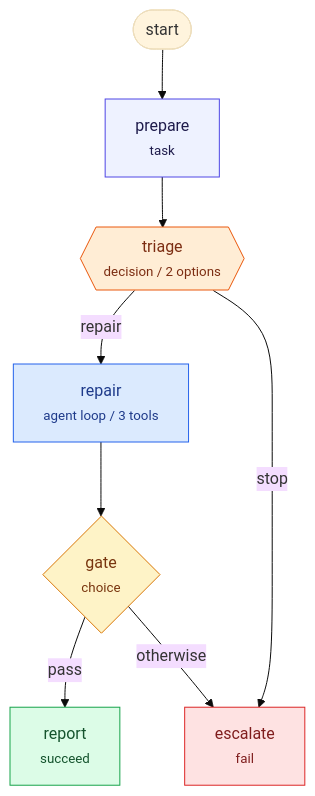
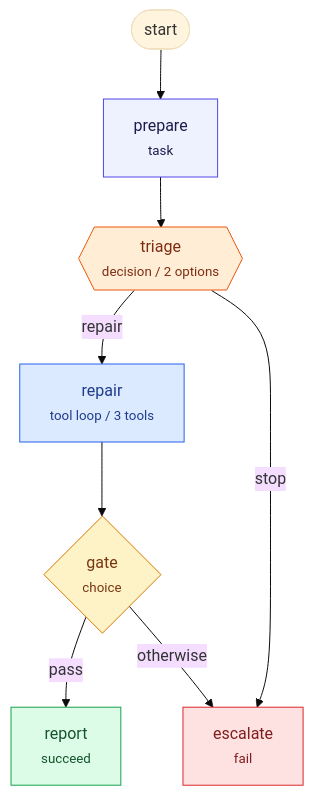
Before and after one commit to mkohlhaas/Go-Agentflow: the diagram in docs/coding-agent.mmd, drawn with Mermaid (base theme). The commit also changed 13 other files, not shown here.

Commit message:
renaming Agent node kind to ToolLoop

```diff
--- a/docs/coding-agent.mmd
+++ b/docs/coding-agent.mmd
@@ -1,33 +1,34 @@
 %% workflow: coding-agent
 flowchart TD
     start(["start"])
     n0["prepare<br/><small>task</small>"]
     n1{{"triage<br/><small>decision / 2 options</small>"}}
-    n2["repair<br/><small>agent loop / 3 tools</small>"]
+    n2["repair<br/><small>tool loop / 3 tools</small>"]
     n3{"gate<br/><small>choice</small>"}
     n4["report<br/><small>succeed</small>"]
     n5["escalate<br/><small>fail</small>"]
     start --> n0
     n0 --> n1
     n1 -->|"repair"| n2
     n1 -->|"stop"| n5
     n2 --> n3
     n3 -->|"pass"| n4
     n3 -->|"otherwise"| n5
 
     class n0 task;
     class n1 decision;
-    class n2 agent;
+    class n2 toolloop;
     class n3 choice;
     class n4 succeed;
     class n5 fail;
 
     classDef task fill:#eef2ff,stroke:#4f46e5,color:#1e1b4b;
     classDef choice fill:#fef3c7,stroke:#d97706,color:#78350f;
     classDef decision fill:#ffedd5,stroke:#ea580c,color:#7c2d12;
     classDef parallel fill:#f3e8ff,stroke:#9333ea,color:#4c1d95;
     classDef wait fill:#f1f5f9,stroke:#64748b,color:#1e293b;
-    classDef agent fill:#dbeafe,stroke:#2563eb,color:#1e3a8a;
+    classDef toolloop fill:#dbeafe,stroke:#2563eb,color:#1e3a8a;
+    classDef subworkflow fill:#f0fdf4,stroke:#15803d,color:#14532d;
     classDef succeed fill:#dcfce7,stroke:#16a34a,color:#14532d;
     classDef fail fill:#fee2e2,stroke:#dc2626,color:#7f1d1d;
     classDef branch fill:#faf5ff,stroke:#a855f7,color:#581c87;
```
